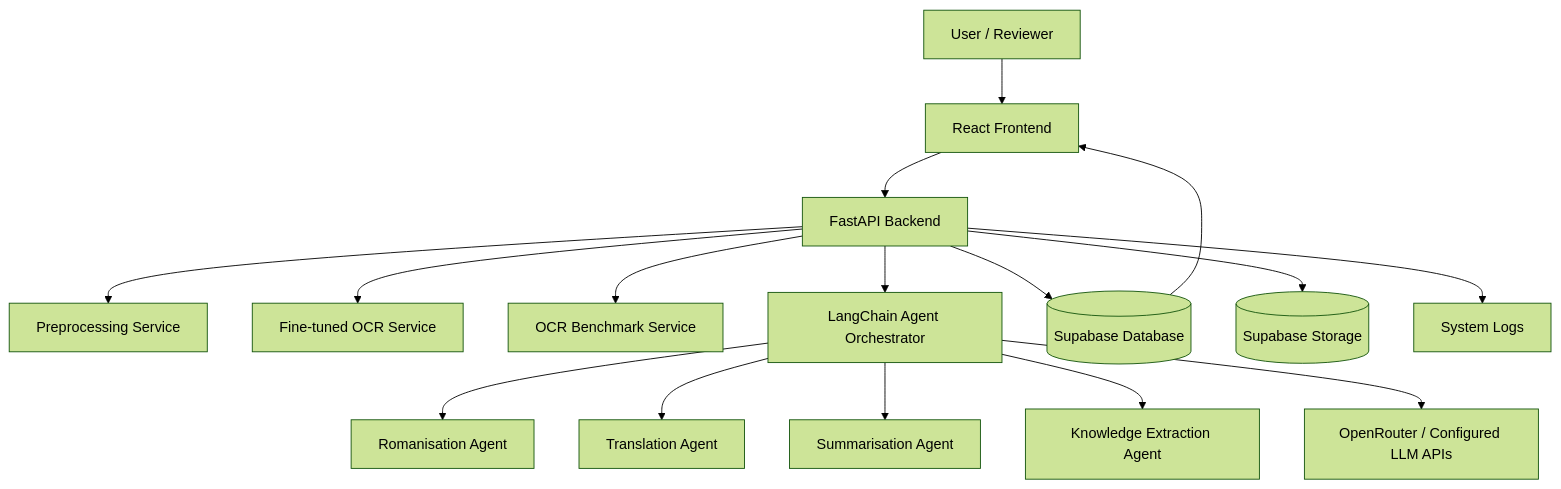
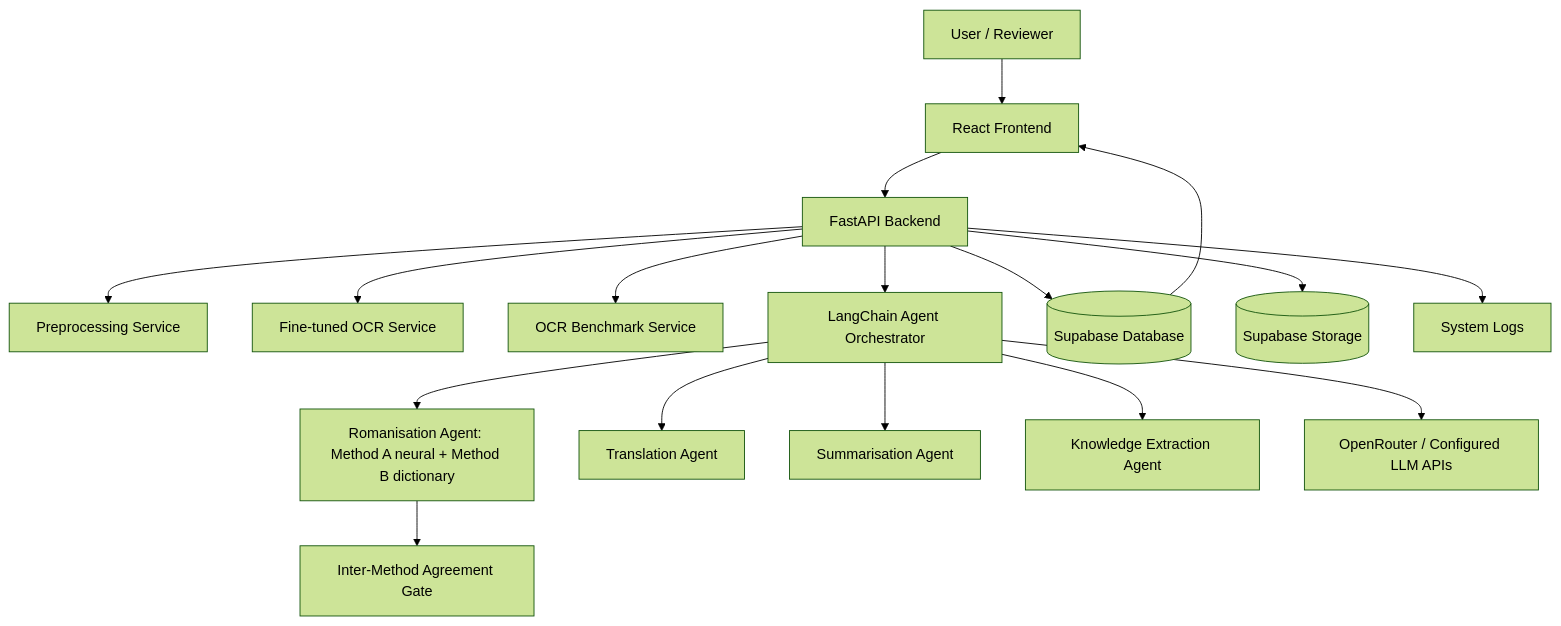
The first of 3 diagrams in docs/SAD.md (d33ppo/Multi-Agent-Framework-for-Classical-Malay), drawn with Mermaid (forest theme) before and after one commit. The commit also changed other lines of this file and 10 other files, not shown here.

Commit message:
docs: align docs with agreement-gate pipeline and add diagrams

````diff
--- a/docs/SAD.md
+++ b/docs/SAD.md
@@ -11,18 +11,19 @@
 ```mermaid
 flowchart TB
     U[User / Reviewer] --> FE[React Frontend]
     FE --> API[FastAPI Backend]
     API --> PRE[Preprocessing Service]
     API --> OCR[Fine-tuned OCR Service]
     API --> BENCH[OCR Benchmark Service]
     API --> ORCH[LangChain Agent Orchestrator]
-    ORCH --> A1[Romanisation Agent]
+    ORCH --> A1[Romanisation Agent: Method A neural + Method B dictionary]
+    A1 --> GATE[Inter-Method Agreement Gate]
     ORCH --> A2[Translation Agent]
     ORCH --> A3[Summarisation Agent]
     ORCH --> A4[Knowledge Extraction Agent]
     ORCH --> LLM[OpenRouter / Configured LLM APIs]
     API --> DB[(Supabase Database)]
     API --> ST[(Supabase Storage)]
     API --> LOG[System Logs]
     DB --> FE
 ```
````
